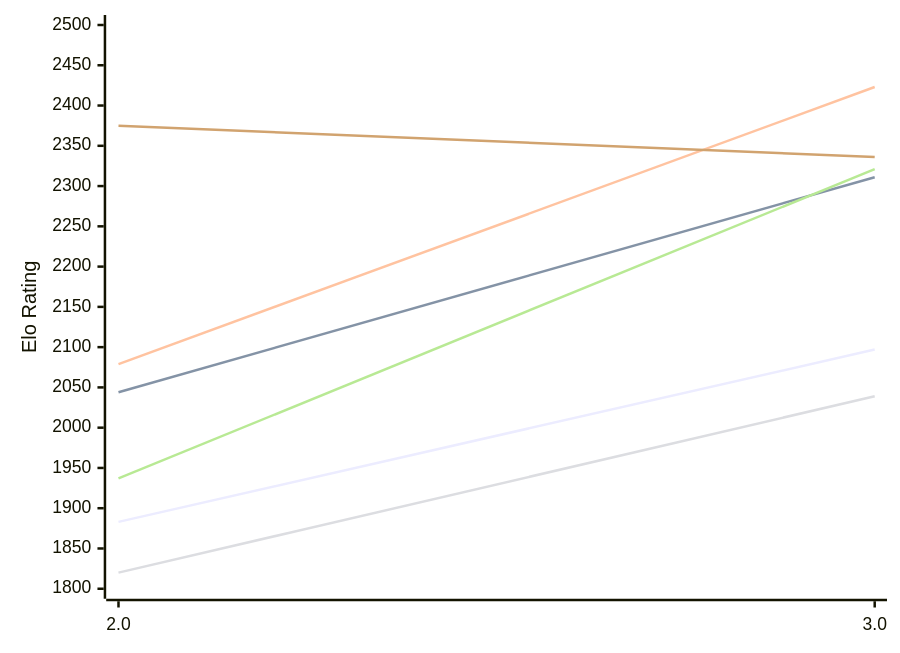
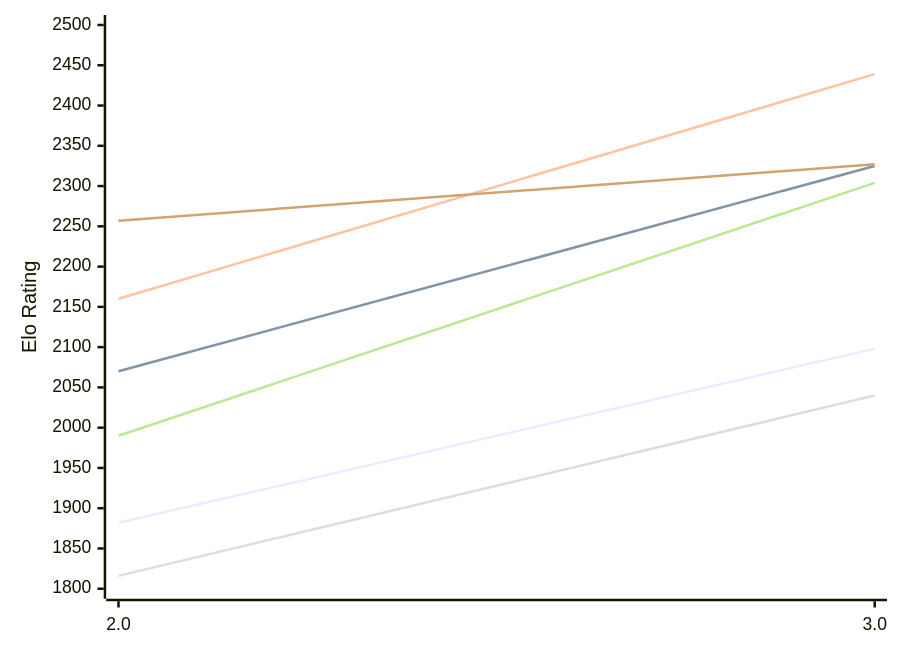
One commit to computer-chess-index/cci changed the first of 2 diagrams in engines/Zeno.md. Above: the diagram before and after it, drawn with Mermaid. The commit also changed other lines of this file, not shown here.

Commit message:
Update CCI Ratings (ELO VLTC) - 2026-11-14

````diff
--- a/engines/Zeno.md
+++ b/engines/Zeno.md
@@ -50,12 +50,12 @@
 ```mermaid
 %%{init: {"theme":"base","themeVariables":{"seriesColors:['#a3a3a3','#222221','#faa371']}}}%%
 xychart-beta
   x-axis ["2.0", "3.0"]
   y-axis "Elo Rating" 1800 --> 2500
-  line "E1: STC (8.0+0.08s)" [1883, 2097]
-  line "E1: LTC (60.0+0.60s)" [2044, 2311]
-  line "E1: VLTC (2m24s+1.12s)" [2079, 2423]
-  line "P1: STC (8.0+0.08s)" [1820, 2039]
-  line "P1: LTC (60.0+0.60s)" [1937, 2321]
-  line "P1: VLTC (2m24s+1.12s)" [2375, 2336]
+  line "E1: STC (8.0+0.08s)" [1882, 2098]
+  line "E1: LTC (60.0+0.60s)" [2070, 2325]
+  line "E1: VLTC (2m24s+1.12s)" [2160, 2439]
+  line "P1: STC (8.0+0.08s)" [1816, 2040]
+  line "P1: LTC (60.0+0.60s)" [1990, 2304]
+  line "P1: VLTC (2m24s+1.12s)" [2257, 2327]
 ```
````
